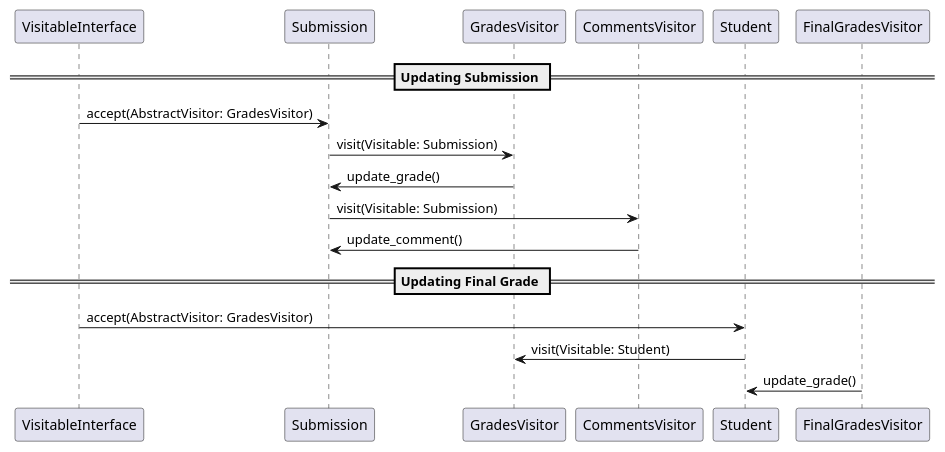
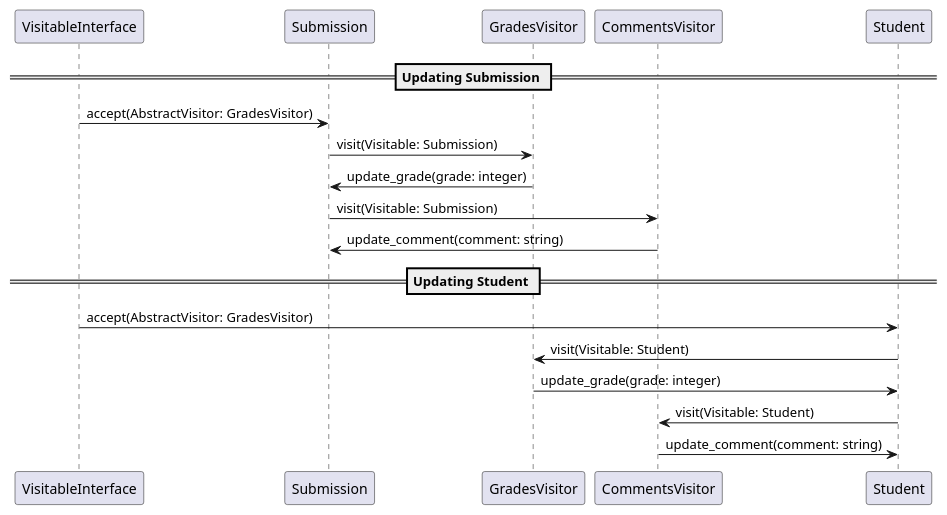
One commit to will-r-wang/CMSLearn-Course-Management-System changed the diagram in docs/visitor_pattern_sequence_diagram.puml. Above: the diagram before and after it, drawn with PlantUML. The commit also changed 3 other files, not shown here.

First line of the commit message:
[Documentation] Update the class/sequence diagrams

```diff
--- a/docs/visitor_pattern_sequence_diagram.puml
+++ b/docs/visitor_pattern_sequence_diagram.puml
@@ -1,20 +1,21 @@
 @startuml
 participant VisitableInterface
 participant Submission
 participant GradesVisitor
 participant CommentsVisitor
 participant Student
-participant FinalGradesVisitor
 
 == Updating Submission ==
 VisitableInterface->Submission:accept(AbstractVisitor: GradesVisitor)
 Submission->GradesVisitor:visit(Visitable: Submission)
-GradesVisitor->Submission:update_grade()
+GradesVisitor->Submission:update_grade(grade: integer)
 Submission->CommentsVisitor:visit(Visitable: Submission)
-CommentsVisitor->Submission:update_comment()
+CommentsVisitor->Submission:update_comment(comment: string)
 
-== Updating Final Grade ==
+== Updating Student ==
 VisitableInterface->Student:accept(AbstractVisitor: GradesVisitor)
 Student->GradesVisitor:visit(Visitable: Student)
-FinalGradesVisitor->Student:update_grade()
+GradesVisitor->Student:update_grade(grade: integer)
+Student->CommentsVisitor:visit(Visitable: Student)
+CommentsVisitor->Student:update_comment(comment: string)
 @enduml
```
